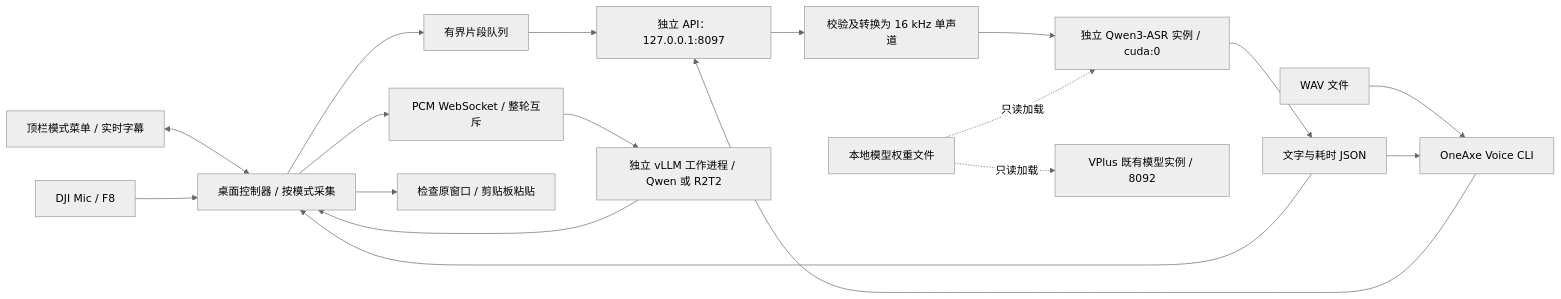
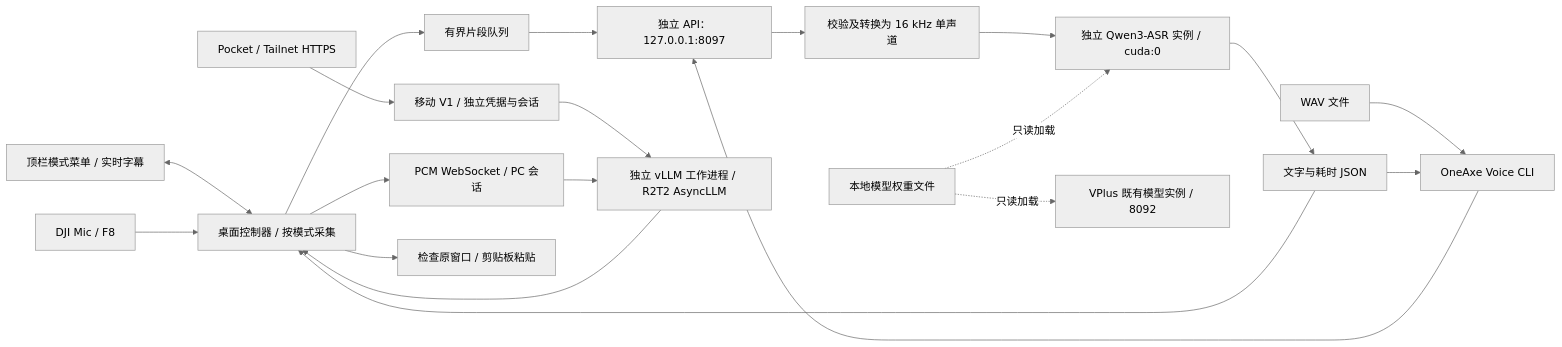
One commit to insky2017/oneaxe-voice changed the diagram in docs/architecture.md. Above: the diagram before and after it, drawn with Mermaid (neutral theme). The commit also changed other lines of this file and 41 other files, not shown here.

````diff
--- a/docs/architecture.md
+++ b/docs/architecture.md
@@ -7,20 +7,22 @@
 ```mermaid
 flowchart LR
     T[顶栏模式菜单 / 实时字幕] <--> K
     M[DJI Mic / F8] --> K[桌面控制器 / 按模式采集]
     K --> Q[有界片段队列]
     Q --> C
-    K --> S[PCM WebSocket / 整轮互斥]
-    S --> R[独立 vLLM 工作进程 / Qwen 或 R2T2]
+    K --> S[PCM WebSocket / PC 会话]
+    P2[Pocket / Tailnet HTTPS] --> A2[移动 V1 / 独立凭据与会话]
+    A2 --> R[独立 vLLM 工作进程 / R2T2 AsyncLLM]
+    S --> R
     R --> K
     A[WAV 文件] --> B[OneAxe Voice CLI]
     B --> C[独立 API：127.0.0.1:8097]
     C --> D[校验及转换为 16 kHz 单声道]
     D --> E[独立 Qwen3-ASR 实例 / cuda:0]
     E --> F[文字与耗时 JSON]
     F --> B
     F --> K
     K --> P[检查原窗口 / 剪贴板粘贴]
     W[本地模型权重文件] -.只读加载.-> E
     W -.只读加载.-> V[VPlus 既有模型实例 / 8092]
 ```
````
